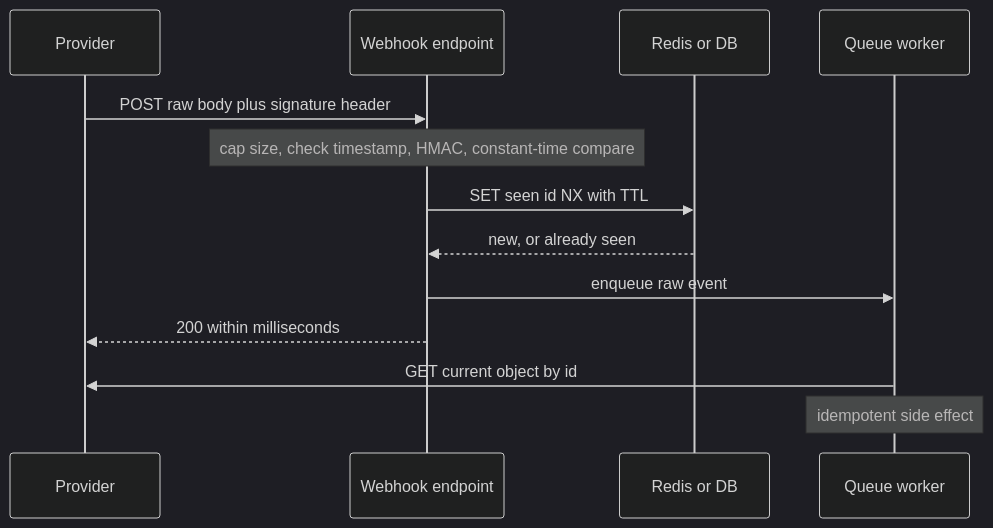
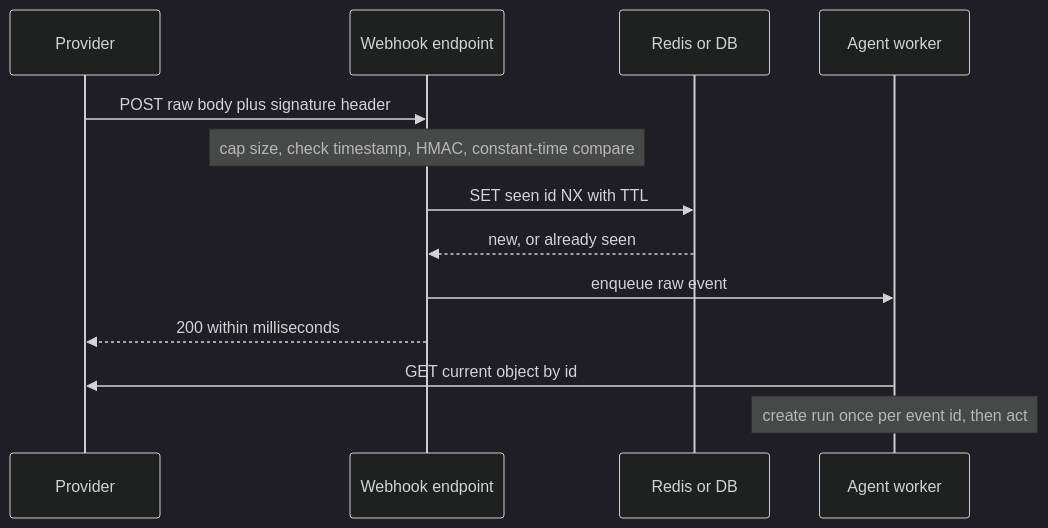
The diagram in content/backend-fundamentals/webhook-signature-verification-and-replay-protection.md (lovishmahajan97/agentic-learning), drawn with Mermaid (dark theme) before and after one commit. The commit also changed other lines of this file and 485 other files, not shown here.

````diff
--- a/content/backend-fundamentals/webhook-signature-verification-and-replay-protection.md
+++ b/content/backend-fundamentals/webhook-signature-verification-and-replay-protection.md
@@ -125,15 +148,15 @@
 ```mermaid
 sequenceDiagram
     participant P as Provider
     participant W as Webhook endpoint
     participant R as Redis or DB
-    participant Q as Queue worker
+    participant Q as Agent worker
     P->>W: POST raw body plus signature header
     Note over W: cap size, check timestamp, HMAC, constant-time compare
     W->>R: SET seen id NX with TTL
     R-->>W: new, or already seen
     W->>Q: enqueue raw event
     W-->>P: 200 within milliseconds
     Q->>P: GET current object by id
-    Note over Q: idempotent side effect
+    Note over Q: create run once per event id, then act
 ```
````
